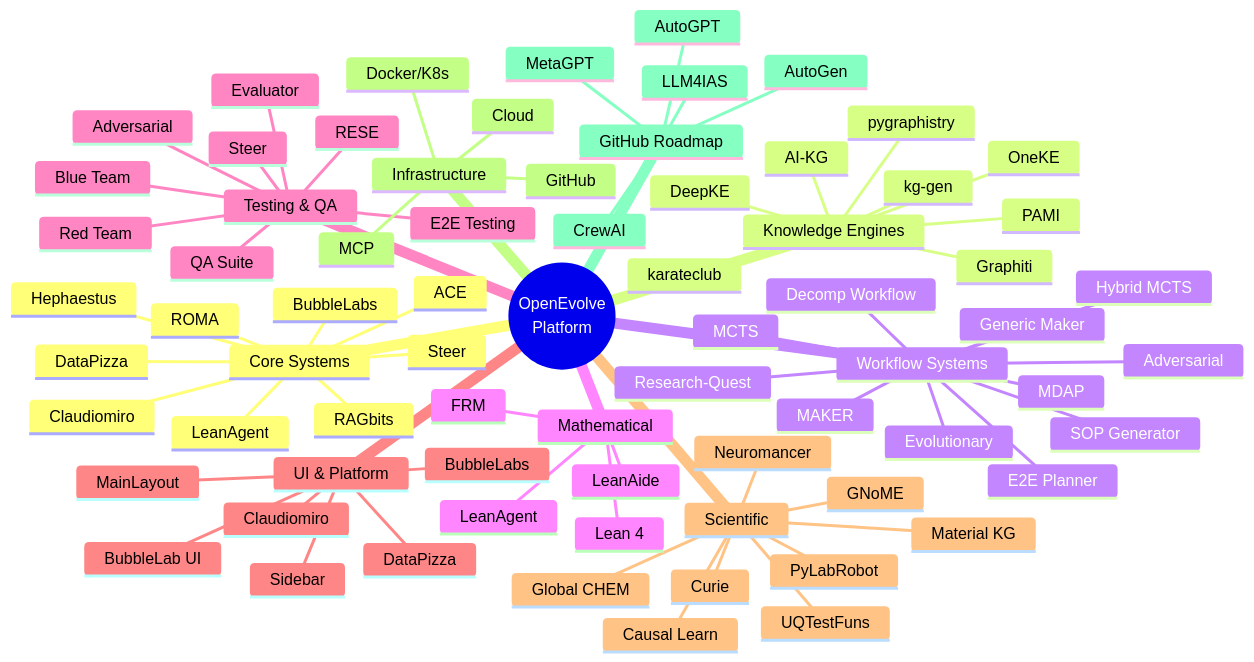
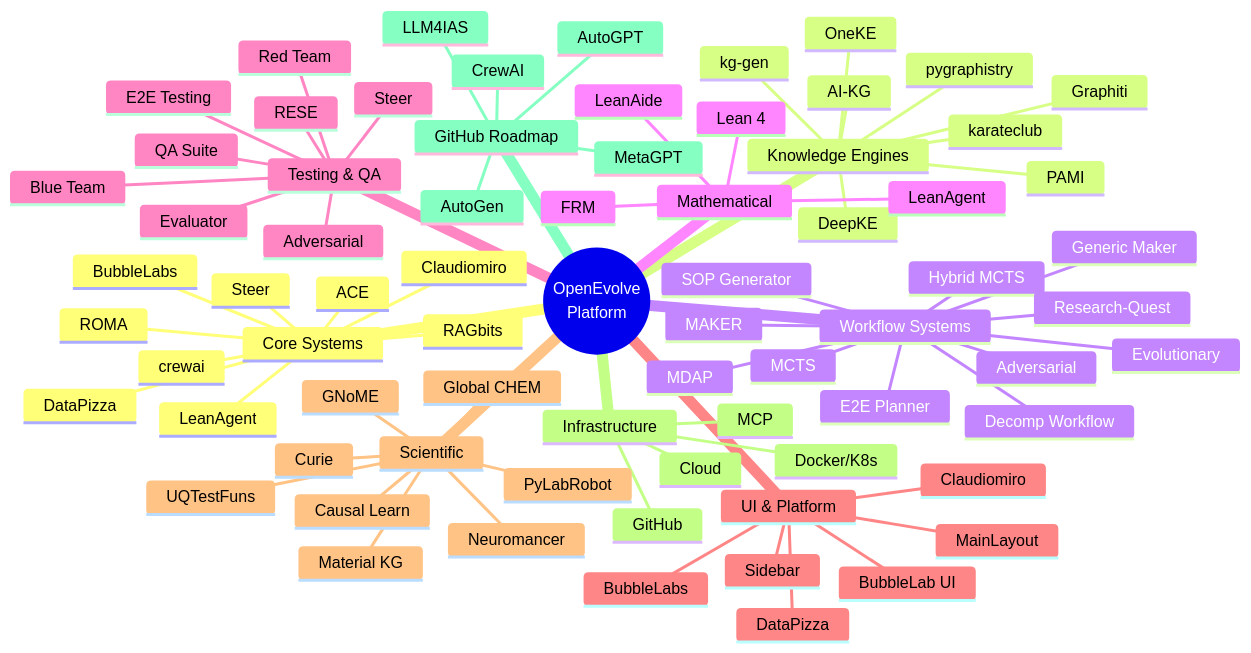
Before and after one commit to jazir555/OpenEvolveFrontend: the second of 28 diagrams in docs/integrations/INTEGRATION_ARCHITECTURE_MERMAID.md, drawn with Mermaid. The commit also changed other lines of this file and 153 other files, not shown here.

````diff
--- a/docs/integrations/INTEGRATION_ARCHITECTURE_MERMAID.md
+++ b/docs/integrations/INTEGRATION_ARCHITECTURE_MERMAID.md
@@ -209,76 +209,76 @@
 ```mermaid
 mindmap
     root((OpenEvolve<br/>Platform))
         Core Systems
             ACE
             Steer
             ROMA
             RAGbits
             LeanAgent
-            Hephaestus
+            crewai
             BubbleLabs
             DataPizza
             Claudiomiro
         Knowledge Engines
             DeepKE
             AI-KG
             OneKE
             Graphiti
             kg-gen
             pygraphistry
             karateclub
             PAMI
         Workflow Systems
             MAKER
             MDAP
             MCTS
             Hybrid MCTS
             Evolutionary
             Adversarial
             Generic Maker
             Decomp Workflow
             E2E Planner
             SOP Generator
             Research-Quest
         Mathematical
             Lean 4
             LeanAide
             LeanAgent
             FRM
         Testing & QA
             Steer
             Evaluator
             Red Team
             Blue Team
             Adversarial
             QA Suite
             E2E Testing
             RESE
         UI & Platform
             BubbleLabs
             BubbleLab UI
             Claudiomiro
             DataPizza
             MainLayout
             Sidebar
         Scientific
             Global CHEM
             Curie
             Neuromancer
             Causal Learn
             UQTestFuns
             Material KG
             GNoME
             PyLabRobot
         Infrastructure
             MCP
             Docker/K8s
             GitHub
             Cloud
         GitHub Roadmap
             CrewAI
             AutoGPT
             AutoGen
             MetaGPT
             LLM4IAS
 ```
````
